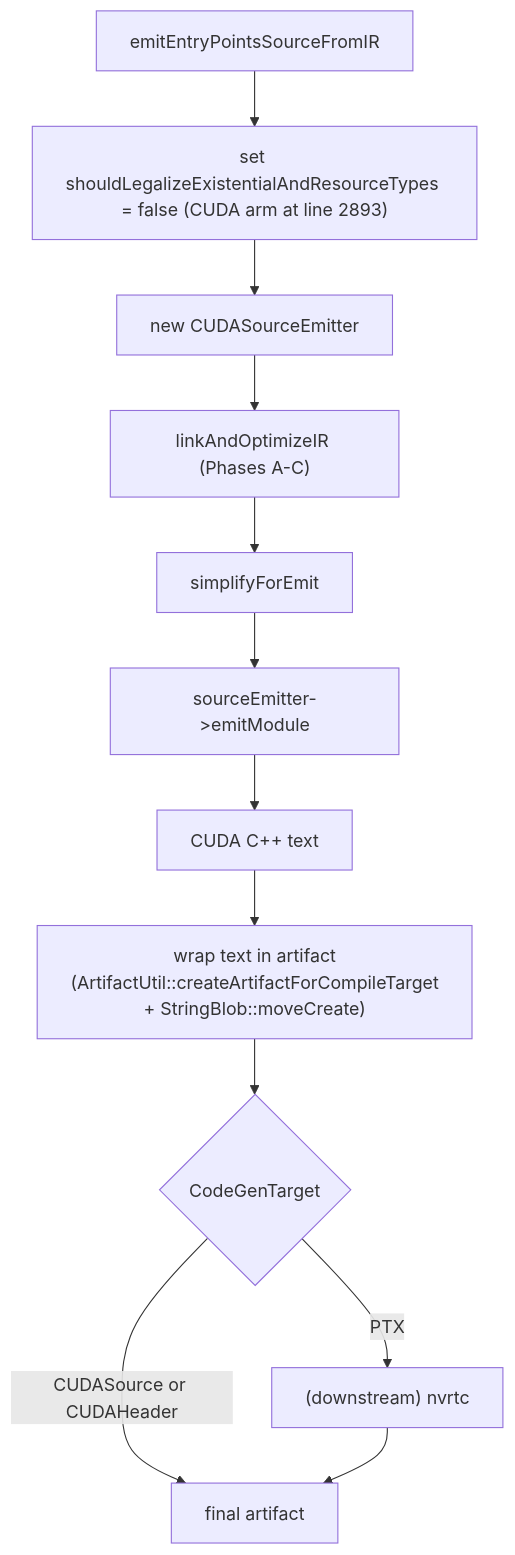
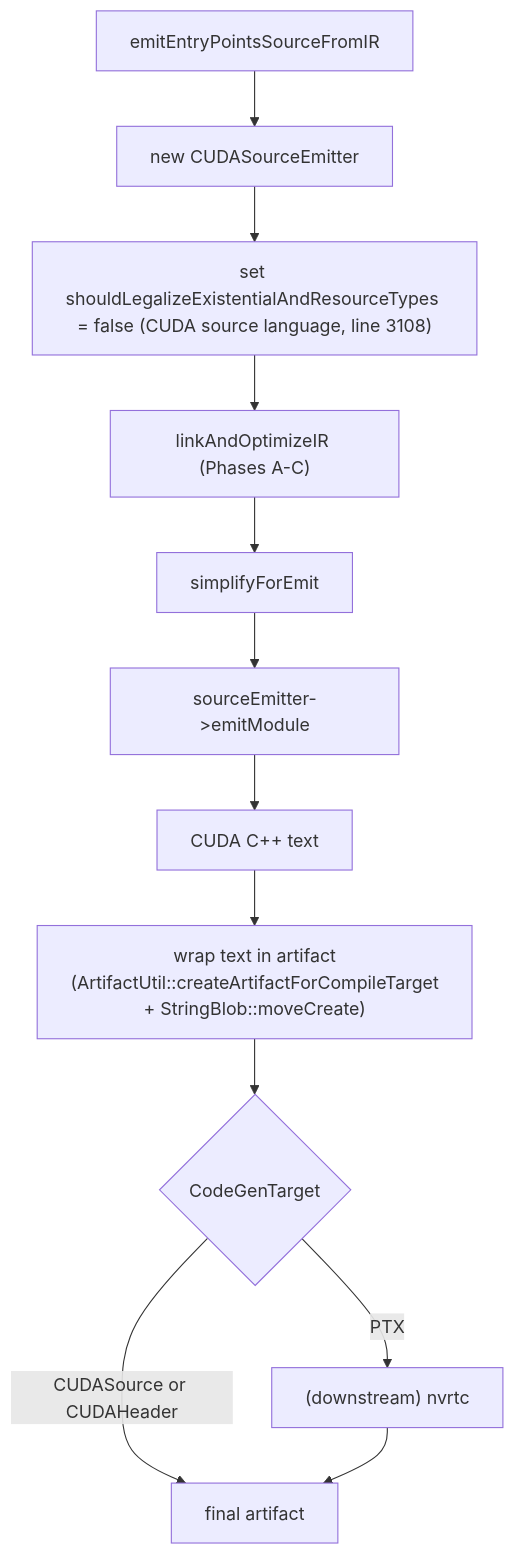
The fifth of 5 diagrams in docs/generated/design/target-pipelines/cuda.md (shader-slang/slang), drawn with Mermaid before and after one commit. The commit also changed other lines of this file and 28 other files, not shown here.

````diff
--- a/docs/generated/design/target-pipelines/cuda.md
+++ b/docs/generated/design/target-pipelines/cuda.md
@@ -644,18 +663,18 @@
 ```mermaid
 flowchart TD
   ent[emitEntryPointsSourceFromIR]
-  setFlag["set shouldLegalizeExistentialAndResourceTypes = false (CUDA arm at line 2893)"]
   newEmit[new CUDASourceEmitter]
+  setFlag["set shouldLegalizeExistentialAndResourceTypes = false (CUDA source language, line 3108)"]
   linkOpt2["linkAndOptimizeIR (Phases A-C)"]
   simpForEmit[simplifyForEmit]
   emitModule[sourceEmitter->emitModule]
   textOut[CUDA C++ text]
   artifact["wrap text in artifact<br/>(ArtifactUtil::createArtifactForCompileTarget<br/>+ StringBlob::moveCreate)"]
   selectTarget{CodeGenTarget}
   nvrtc["(downstream) nvrtc"]
   done[final artifact]
 
-  ent --> setFlag --> newEmit --> linkOpt2 --> simpForEmit --> emitModule --> textOut --> artifact --> selectTarget
+  ent --> newEmit --> setFlag --> linkOpt2 --> simpForEmit --> emitModule --> textOut --> artifact --> selectTarget
   selectTarget -->|"CUDASource or CUDAHeader"| done
   selectTarget -->|PTX| nvrtc --> done
 ```
````
